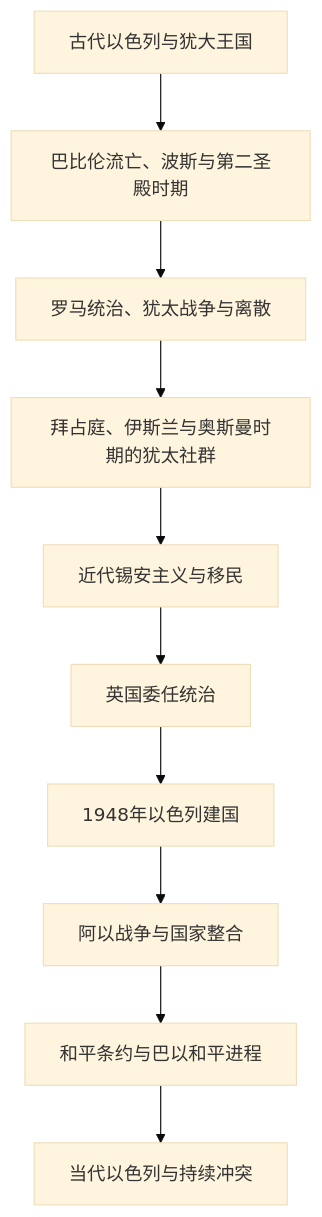
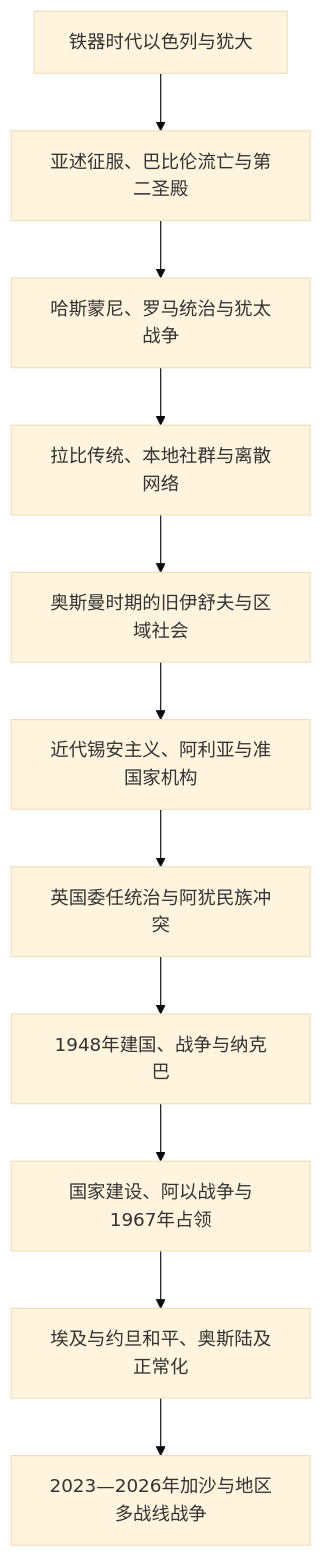
One commit to tianlan-dev/learning-notes changed the diagram in 人文科学/历史/西亚/黎凡特/以色列/README.md. Above: the diagram before and after it, drawn with Mermaid (base theme). The commit also changed other lines of this file and 1417 other files, not shown here.

````diff
--- a/人文科学/历史/西亚/黎凡特/以色列/README.md
+++ b/人文科学/历史/西亚/黎凡特/以色列/README.md
@@ -15,12 +17,13 @@
 ```mermaid
 flowchart TD
-    Ancient["古代以色列与犹大王国"] --> Imperial["巴比伦流亡、波斯与第二圣殿时期"]
-    Imperial --> Roman["罗马统治、犹太战争与离散"]
-    Roman --> Communities["拜占庭、伊斯兰与奥斯曼时期的犹太社群"]
-    Communities --> Zionism["近代锡安主义与移民"]
-    Zionism --> Mandate["英国委任统治"]
-    Mandate --> Statehood["1948年以色列建国"]
-    Statehood --> Wars["阿以战争与国家整合"]
-    Wars --> Peace["和平条约与巴以和平进程"]
-    Peace --> Contemporary["当代以色列与持续冲突"]
+    Ancient["铁器时代以色列与犹大"] --> Exile["亚述征服、巴比伦流亡与第二圣殿"]
+    Exile --> Roman["哈斯蒙尼、罗马统治与犹太战争"]
+    Roman --> Diaspora["拉比传统、本地社群与离散网络"]
+    Diaspora --> Ottoman["奥斯曼时期的旧伊舒夫与区域社会"]
+    Ottoman --> Zionism["近代锡安主义、阿利亚与准国家机构"]
+    Zionism --> Mandate["英国委任统治与阿犹民族冲突"]
+    Mandate --> Statehood["1948年建国、战争与纳克巴"]
+    Statehood --> RegionalWars["国家建设、阿以战争与1967年占领"]
+    RegionalWars --> Peace["埃及与约旦和平、奥斯陆及正常化"]
+    Peace --> MultiFront["2023—2026年加沙与地区多战线战争"]
 ```
````
